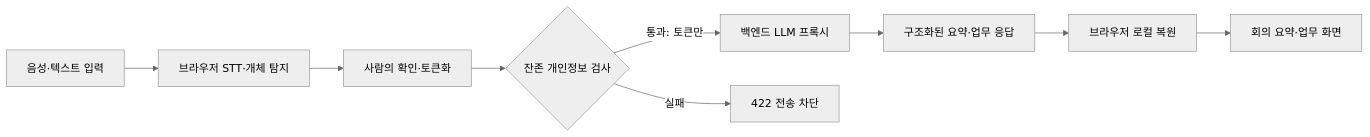
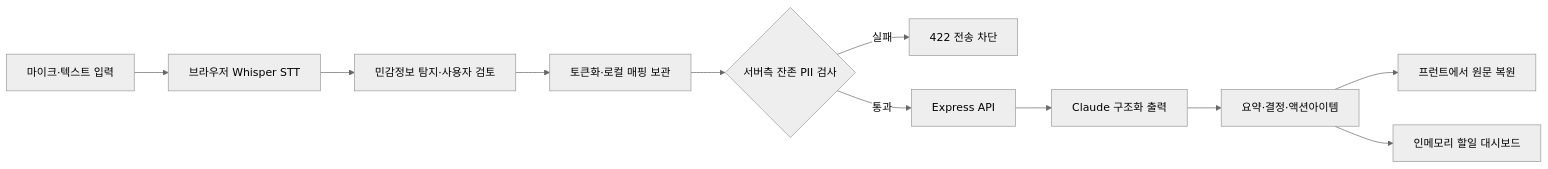
Before and after one commit to min-1225/Hackathon-CodeGate-2026: the diagram in README.md, drawn with Mermaid (neutral theme). The commit also changed other lines of this file and 62 other files, not shown here.

````diff
--- a/README.md
+++ b/README.md
@@ -42,11 +23,13 @@
 ```mermaid
 flowchart LR
-    A["음성·텍스트 입력"] --> B["브라우저 STT·개체 탐지"]
-    B --> C["사람의 확인·토큰화"]
-    C --> D{"잔존 개인정보 검사"}
-    D -->|"통과: 토큰만"| E["백엔드 LLM 프록시"]
-    D -->|"실패"| X["422 전송 차단"]
-    E --> F["구조화된 요약·업무 응답"]
-    F --> G["브라우저 로컬 복원"]
-    G --> H["회의 요약·업무 화면"]
+    A["마이크·텍스트 입력"] --> B["브라우저 Whisper STT"]
+    B --> C["민감정보 탐지·사용자 검토"]
+    C --> D["토큰화·로컬 매핑 보관"]
+    D --> E{"서버측 잔존 PII 검사"}
+    E -->|"실패"| X["422 전송 차단"]
+    E -->|"통과"| F["Express API"]
+    F --> G["Claude 구조화 출력"]
+    G --> H["요약·결정·액션아이템"]
+    H --> I["프런트에서 원문 복원"]
+    H --> J["인메모리 할일 대시보드"]
 ```
````
